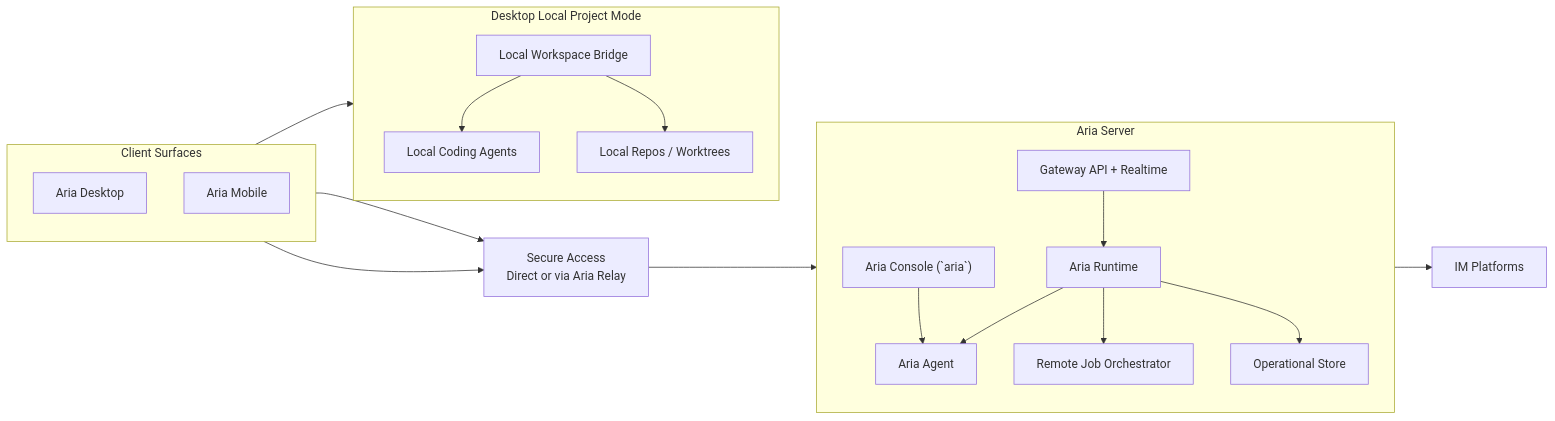
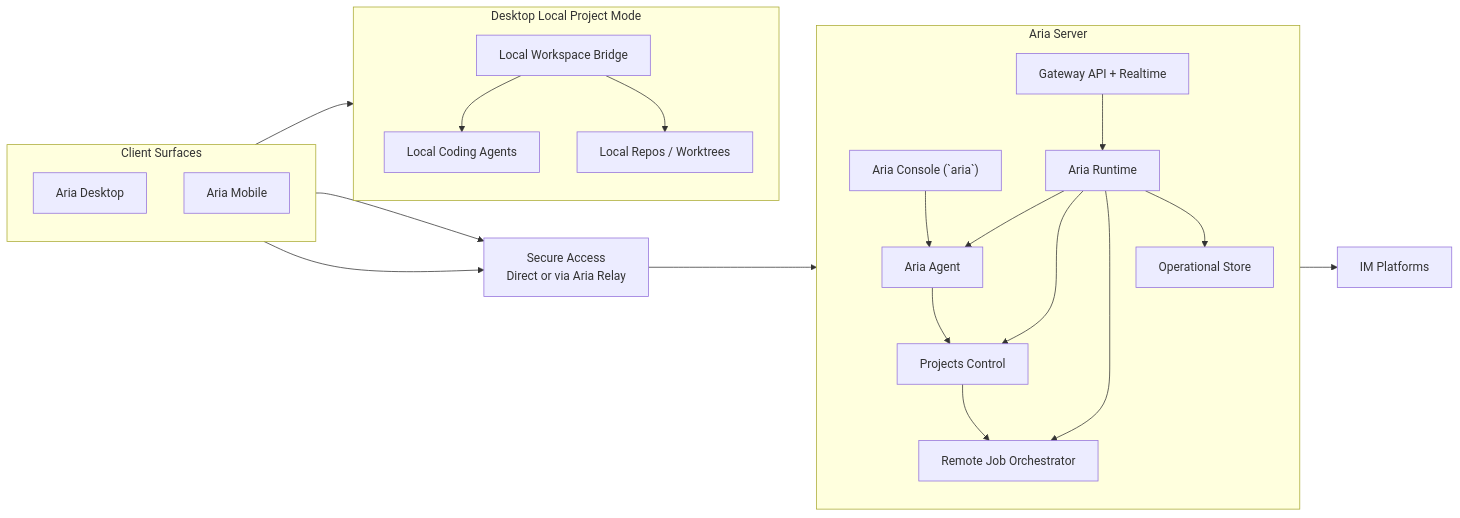
One commit to sichengchen/esperta-aria changed the diagram in docs/new-architecture/overview.md. Above: the diagram before and after it, drawn with Mermaid. The commit also changed other lines of this file and 6 other files, not shown here.

Commit message:
docs: refine target-state architecture model

````diff
--- a/docs/new-architecture/overview.md
+++ b/docs/new-architecture/overview.md
@@ -33,44 +34,48 @@
 ```mermaid
 flowchart LR
     subgraph Clients["Client Surfaces"]
         direction TB
         Desktop["Aria Desktop"]
         Mobile["Aria Mobile"]
     end
 
     Access["Secure Access<br/>Direct or via Aria Relay"]
 
     subgraph Server["Aria Server"]
         direction TB
         Console["Aria Console (`aria`)"]
         Gateway["Gateway API + Realtime"]
         Runtime["Aria Runtime"]
         Agent["Aria Agent"]
+        Projects["Projects Control"]
         Jobs["Remote Job Orchestrator"]
         Store["Operational Store"]
 
         Console --> Agent
         Gateway --> Runtime
         Runtime --> Agent
+        Runtime --> Projects
         Runtime --> Jobs
         Runtime --> Store
+        Agent --> Projects
+        Projects --> Jobs
     end
 
     subgraph DesktopLocal["Desktop Local Project Mode"]
         direction TB
         Bridge["Local Workspace Bridge"]
         LocalAgents["Local Coding Agents"]
         LocalRepos["Local Repos / Worktrees"]
 
         Bridge --> LocalAgents
         Bridge --> LocalRepos
     end
 
     IM["IM Platforms"]
 
     Desktop --> Bridge
     Desktop --> Access
     Mobile --> Access
     Access --> Gateway
     Agent --> IM
 ```
````
